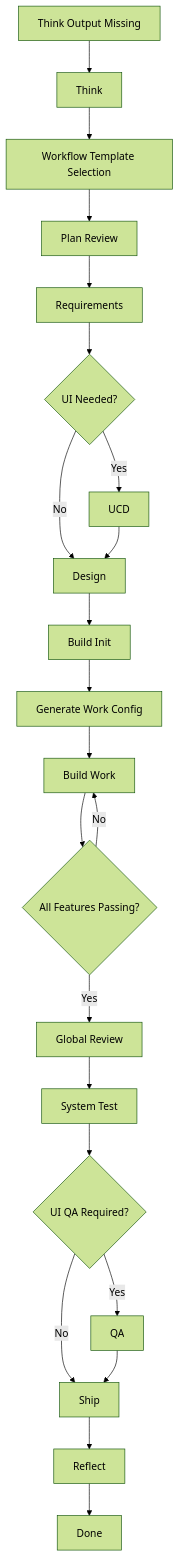
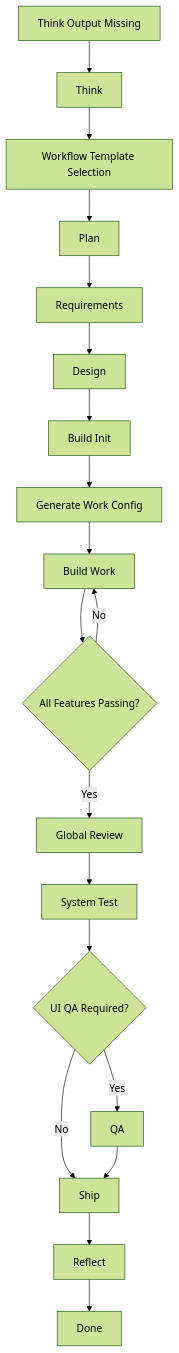
Before and after one commit to ttttstc/vibeflow: the diagram in USAGE.md, drawn with Mermaid (forest theme). The commit also changed other lines of this file and 45 other files, not shown here.

````diff
--- a/USAGE.md
+++ b/USAGE.md
@@ -72,24 +77,21 @@
 ```mermaid
 flowchart TD
     A[Think Output Missing] --> B[Think]
     B --> C[Workflow Template Selection]
-    C --> D[Plan Review]
+    C --> D[Plan]
     D --> E[Requirements]
-    E --> F{UI Needed?}
-    F -- Yes --> G[UCD]
-    F -- No --> H[Design]
-    G --> H
+    E --> H[Design]
     H --> I[Build Init]
     I --> J[Generate Work Config]
     J --> K[Build Work]
     K --> L{All Features Passing?}
     L -- No --> K
     L -- Yes --> M[Global Review]
     M --> N[System Test]
     N --> O{UI QA Required?}
     O -- Yes --> P[QA]
     O -- No --> Q[Ship]
     P --> Q
     Q --> R[Reflect]
     R --> S[Done]
 ```
````
